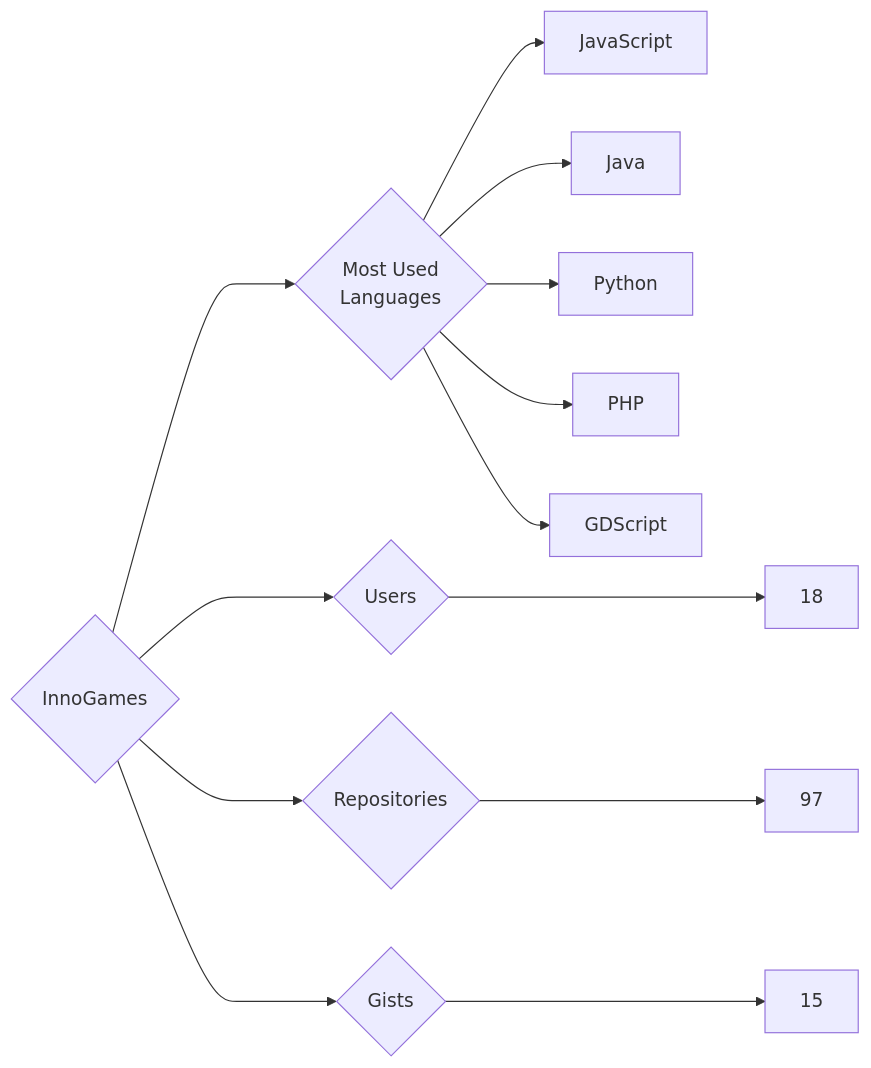
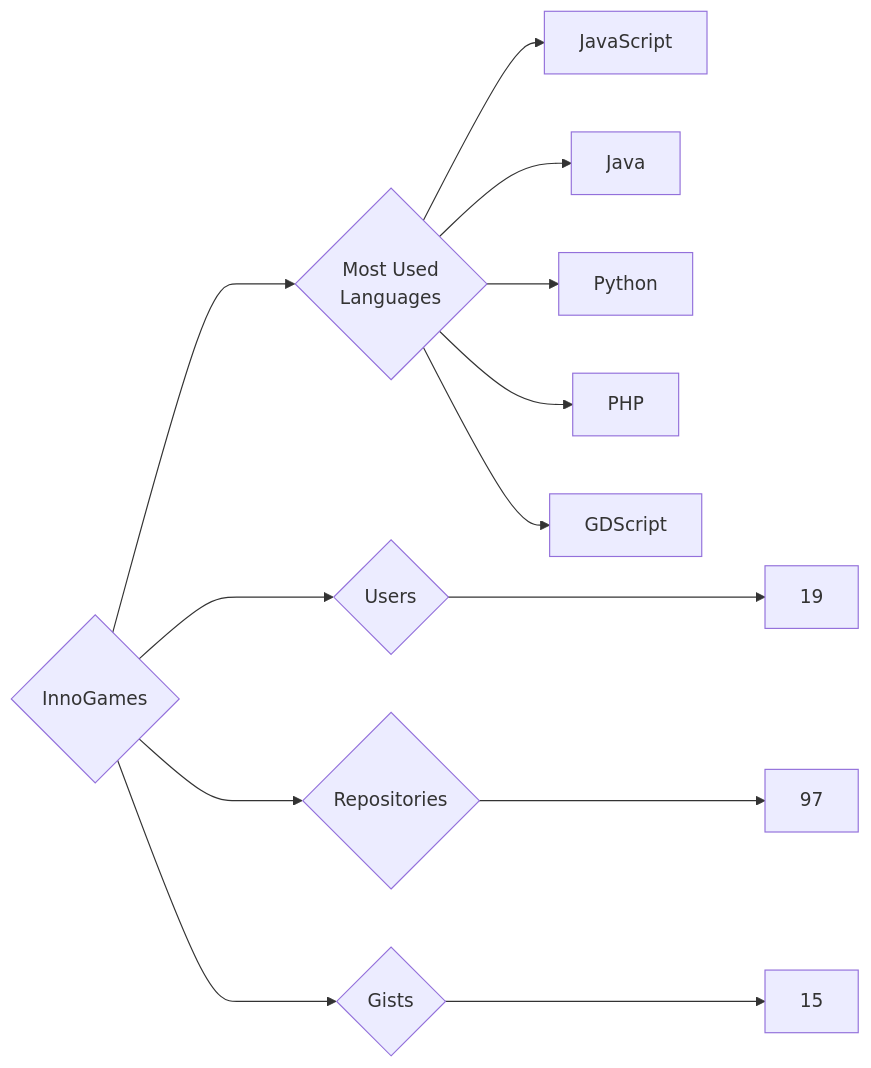
One commit to trickest/insiders changed the diagram in targets/InnoGames/README.md. Above: the diagram before and after it, drawn with Mermaid. The commit also changed 1195 other files, not shown here.

````diff
--- a/targets/InnoGames/README.md
+++ b/targets/InnoGames/README.md
@@ -3,13 +3,13 @@
 ```mermaid
 graph LR
 COMPANY_NAME{InnoGames}
-COMPANY_NAME ---> U{Users} ---> UN[18]
+COMPANY_NAME ---> U{Users} ---> UN[19]
 COMPANY_NAME ---> R{Repositories} ---> RN[97]
 COMPANY_NAME ---> G{Gists} ---> GN[15]
 COMPANY_NAME ---> ML{Most Used<br>Languages}
 ML --> JavaScript[JavaScript]
 ML --> Java[Java]
 ML --> Python[Python]
 ML --> PHP[PHP]
 ML --> GDScript[GDScript]
 ```
````
